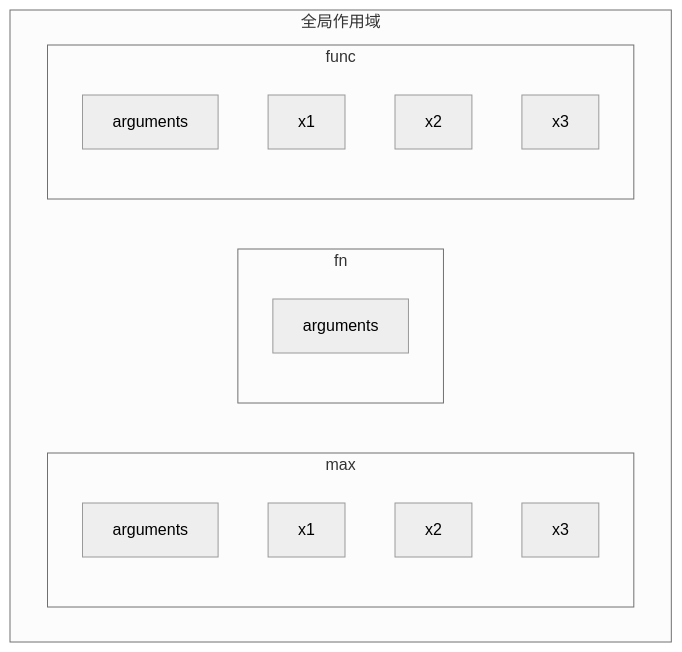
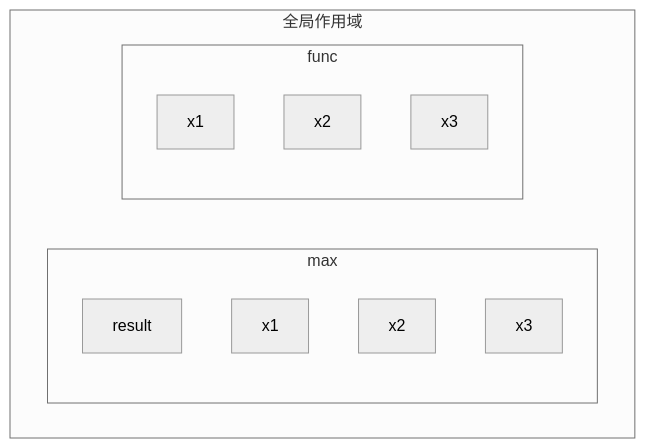
One commit to weijieblog/JavaScript-ES5-Tutorials changed the third of 8 diagrams in basics/function.md. Above: the diagram before and after it, drawn with Mermaid (neutral theme). The commit also changed other lines of this file, not shown here.

````diff
--- a/basics/function.md
+++ b/basics/function.md
@@ -814,22 +732,17 @@
 ```{mermaid}
 graph TD
 subgraph 全局作用域
   subgraph max
-    arguments
+    result
     x1
     x2
     x3
   end
 
-  subgraph fn
-    fnarg[arguments]
-  end
-
   subgraph func
-    funcarg[arguments]
     funcx1[x1]
     funcx2[x2]
     funcx3[x3]
   end
 end
 ```
````
